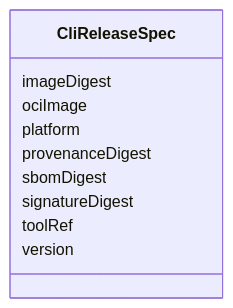
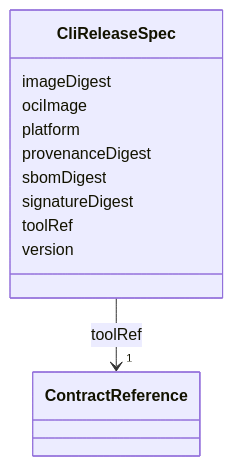
The diagram in metamodel/generated/docs/CliReleaseSpec.md (open4good/jumo-core), drawn with Mermaid before and after one commit. The commit also changed other lines of this file and 42 other files, not shown here.

````diff
--- a/metamodel/generated/docs/CliReleaseSpec.md
+++ b/metamodel/generated/docs/CliReleaseSpec.md
@@ -23,22 +23,31 @@
 ```mermaid
  classDiagram
     class CliReleaseSpec
     click CliReleaseSpec href "../CliReleaseSpec/"
       CliReleaseSpec : imageDigest
 
       CliReleaseSpec : ociImage
 
       CliReleaseSpec : platform
 
       CliReleaseSpec : provenanceDigest
 
       CliReleaseSpec : sbomDigest
 
       CliReleaseSpec : signatureDigest
 
       CliReleaseSpec : toolRef
 
+
+
+
+
+        CliReleaseSpec --> "1" ContractReference : toolRef
+        click ContractReference href "../ContractReference/"
+
+
+
       CliReleaseSpec : version
 
 
 ```
````
